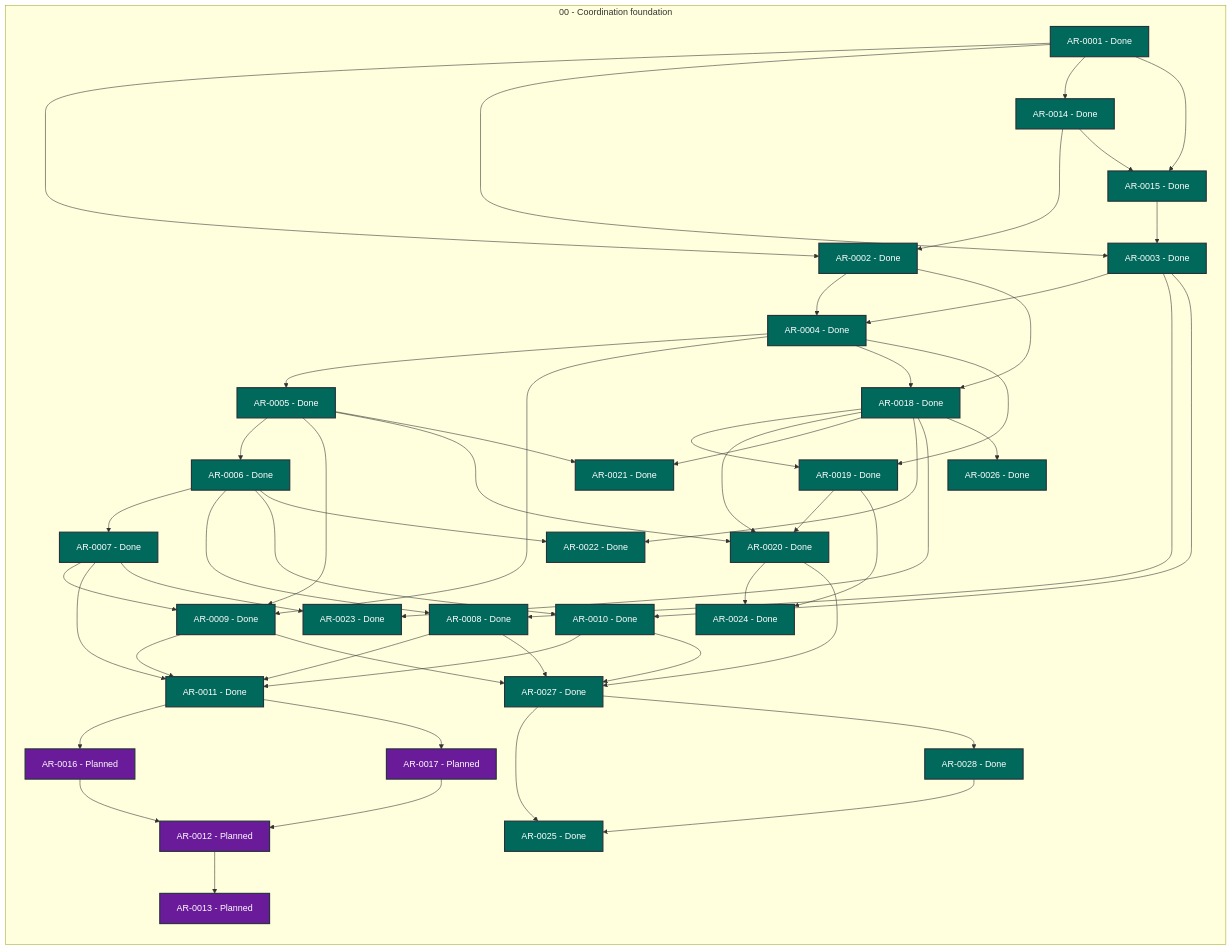
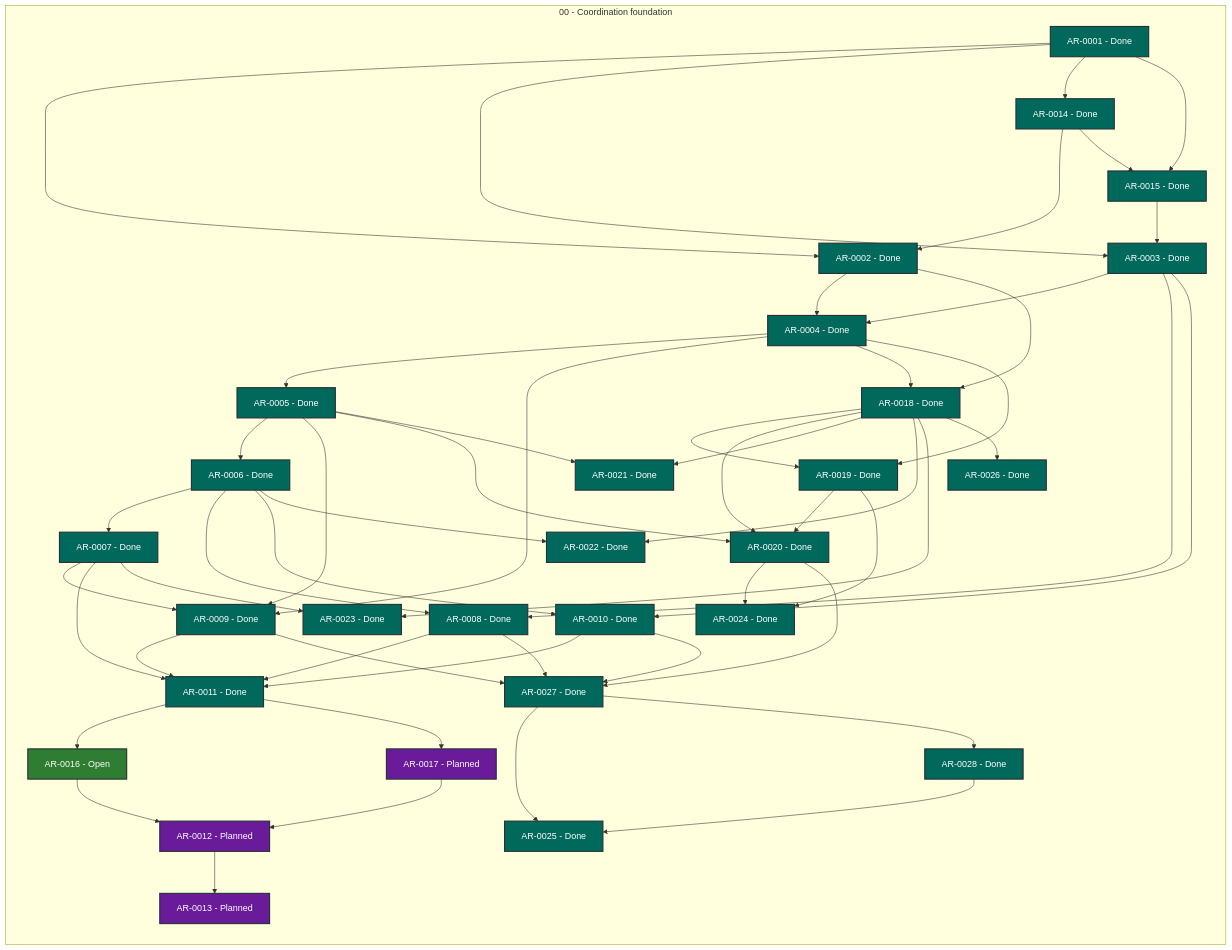
Before and after one commit to martin-beck/agent-workflow-tui-state: the diagram in STATUS.md, drawn with Mermaid. The commit also changed other lines of this file and 2 other files, not shown here.

```diff
--- a/STATUS.md
+++ b/STATUS.md
@@ -43,7 +43,7 @@
         AR_0013["AR-0013 - Planned"]:::status_planned
         AR_0014["AR-0014 - Done"]:::status_done
         AR_0015["AR-0015 - Done"]:::status_done
-        AR_0016["AR-0016 - Planned"]:::status_planned
+        AR_0016["AR-0016 - Open"]:::status_open
         AR_0017["AR-0017 - Planned"]:::status_planned
         AR_0018["AR-0018 - Done"]:::status_done
         AR_0019["AR-0019 - Done"]:::status_done
```
